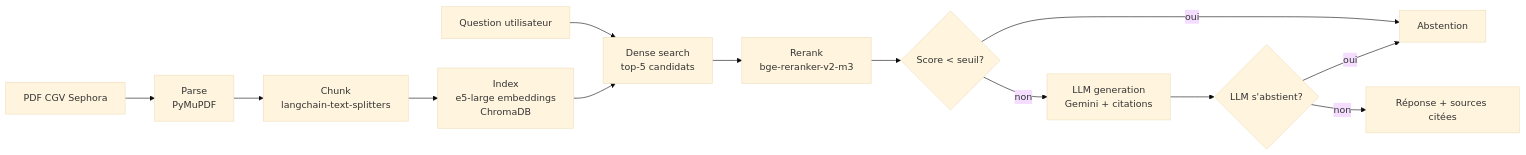
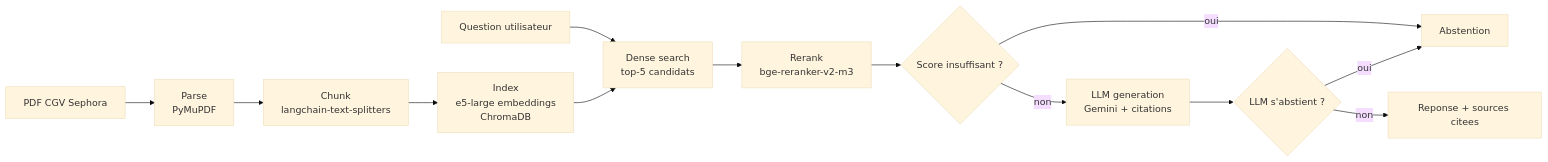
One commit to fatima-zahra-hannou/customer-policy-rag changed the diagram in README.md. Above: the diagram before and after it, drawn with Mermaid (base theme). The commit also changed other lines of this file, not shown here.

Commit message:
docs: fix mermaid diagram syntax and add badges

````diff
--- a/README.md
+++ b/README.md
@@ -9,15 +12,15 @@
 ```mermaid
 flowchart LR
-    A[PDF CGV Sephora] --> B[Parse\nPyMuPDF]
-    B --> C[Chunk\nlangchain-text-splitters]
-    C --> D[Index\ne5-large embeddings\nChromaDB]
-    E[Question utilisateur] --> F[Dense search\ntop-5 candidats]
+    A["PDF CGV Sephora"] --> B["Parse<br/>PyMuPDF"]
+    B --> C["Chunk<br/>langchain-text-splitters"]
+    C --> D["Index<br/>e5-large embeddings<br/>ChromaDB"]
+    E["Question utilisateur"] --> F["Dense search<br/>top-5 candidats"]
     D --> F
-    F --> G[Rerank\nbge-reranker-v2-m3]
-    G --> H{Score < seuil?}
-    H -->|oui| I[Abstention]
-    H -->|non| J[LLM generation\nGemini + citations]
-    J --> K{LLM s'abstient?}
+    F --> G["Rerank<br/>bge-reranker-v2-m3"]
+    G --> H{"Score insuffisant ?"}
+    H -->|oui| I["Abstention"]
+    H -->|non| J["LLM generation<br/>Gemini + citations"]
+    J --> K{"LLM s'abstient ?"}
     K -->|oui| I
-    K -->|non| L[Réponse + sources citées]
+    K -->|non| L["Reponse + sources citees"]
 ```
````
